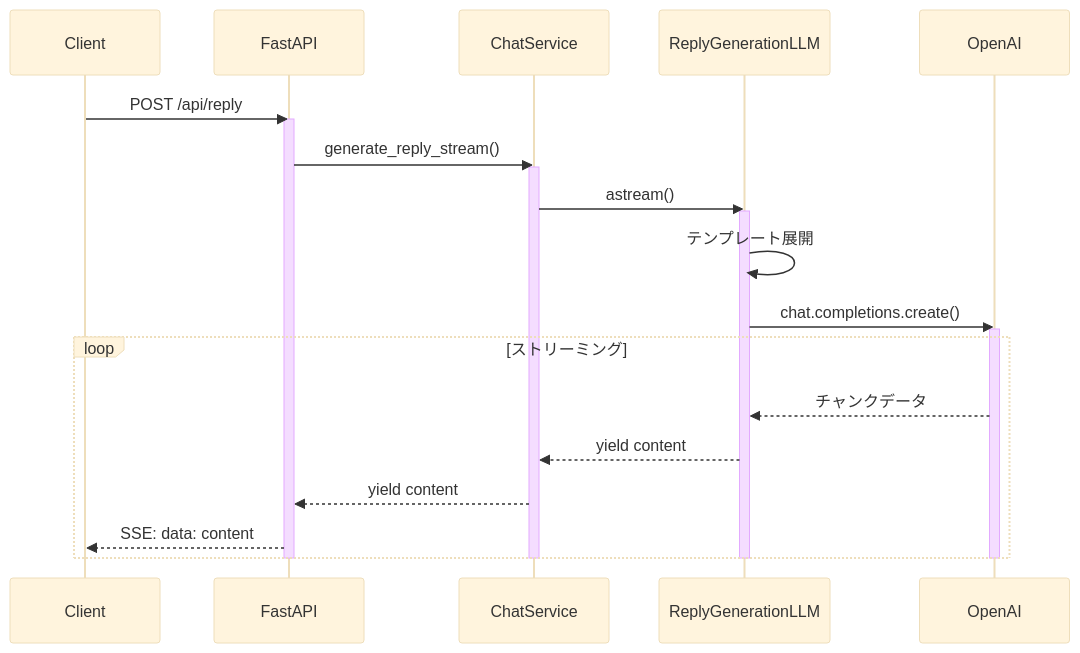
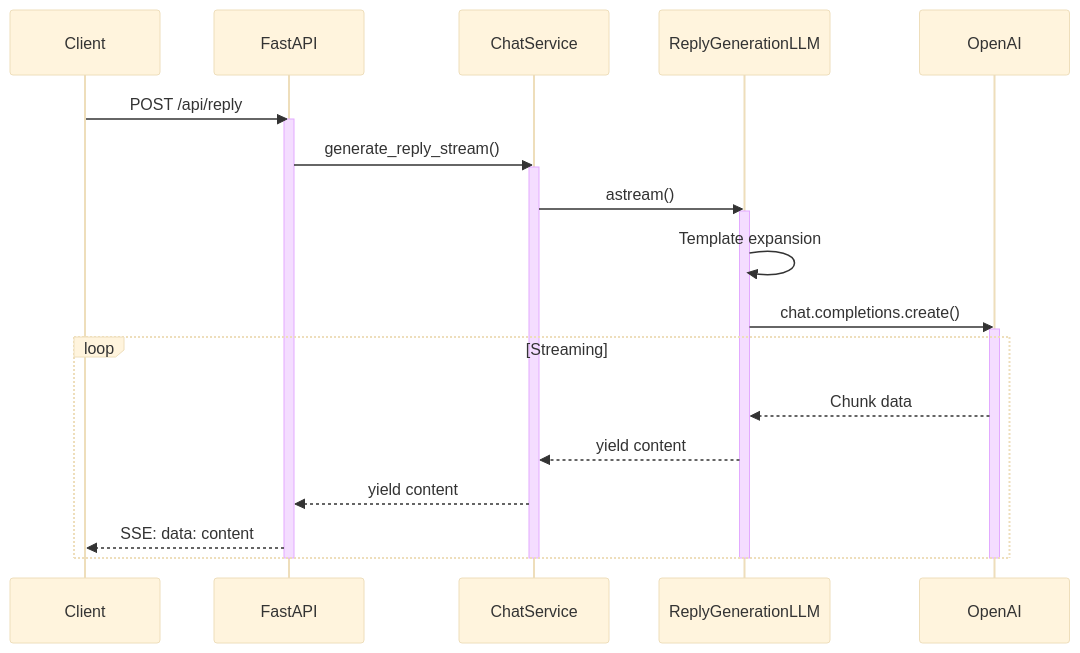
One commit to miulab7/ResQ changed the third of 3 diagrams in docs/backend.md. Above: the diagram before and after it, drawn with Mermaid (base theme). The commit also changed other lines of this file and 3 other files, not shown here.

````diff
--- a/docs/backend.md
+++ b/docs/backend.md
@@ -254,31 +254,31 @@
 ```mermaid
 sequenceDiagram
     participant Client
     participant FastAPI
     participant ChatService
     participant ReplyLLM as ReplyGenerationLLM
     participant OpenAI
 
     Client->>FastAPI: POST /api/reply
     activate FastAPI
     FastAPI->>ChatService: generate_reply_stream()
     activate ChatService
     ChatService->>ReplyLLM: astream()
     activate ReplyLLM
 
-    ReplyLLM->>ReplyLLM: テンプレート展開
+    ReplyLLM->>ReplyLLM: Template expansion
     ReplyLLM->>OpenAI: chat.completions.create()
     activate OpenAI
 
-    loop ストリーミング
-        OpenAI-->>ReplyLLM: チャンクデータ
+    loop Streaming
+        OpenAI-->>ReplyLLM: Chunk data
         ReplyLLM-->>ChatService: yield content
         ChatService-->>FastAPI: yield content
         FastAPI-->>Client: SSE: data: content
     end
 
     deactivate OpenAI
     deactivate ReplyLLM
     deactivate ChatService
     deactivate FastAPI
 ```
````
